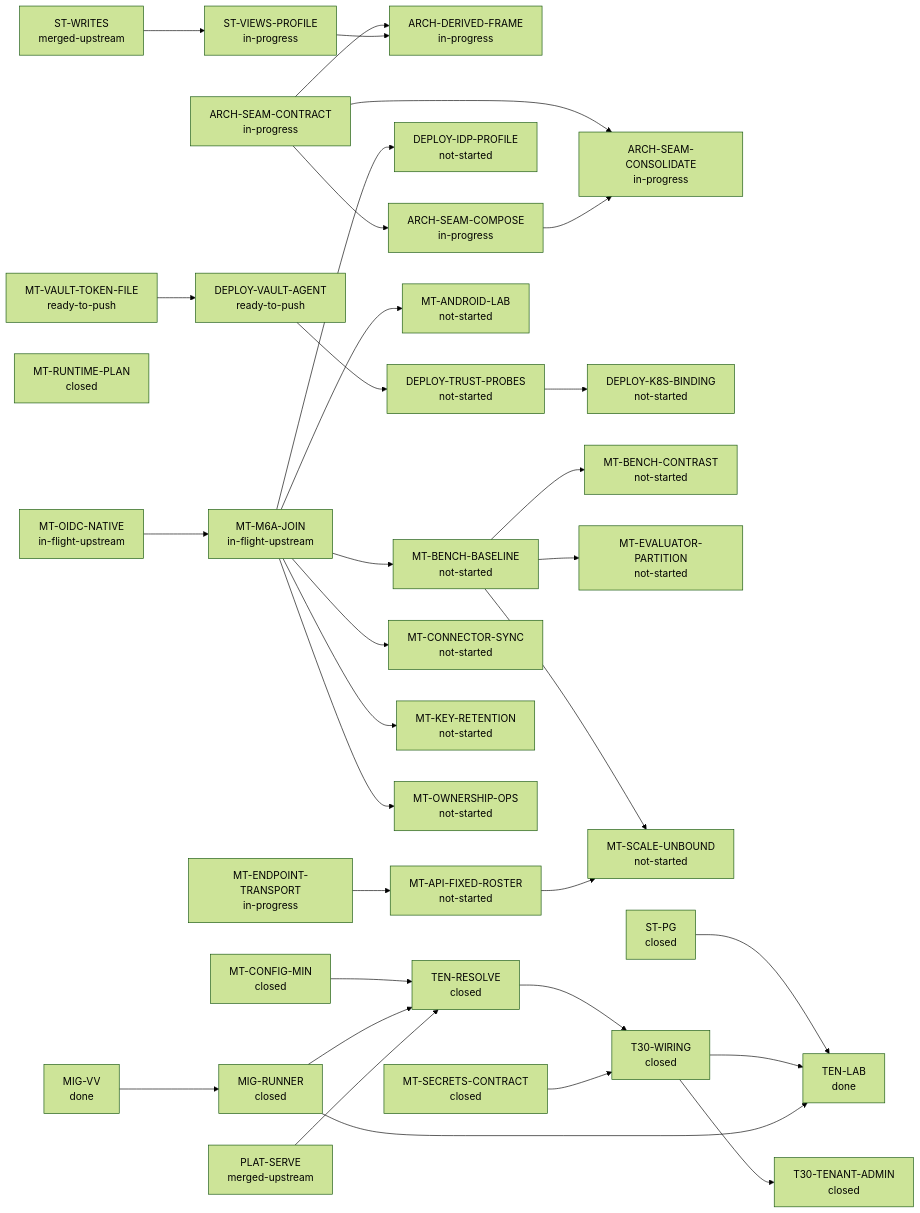
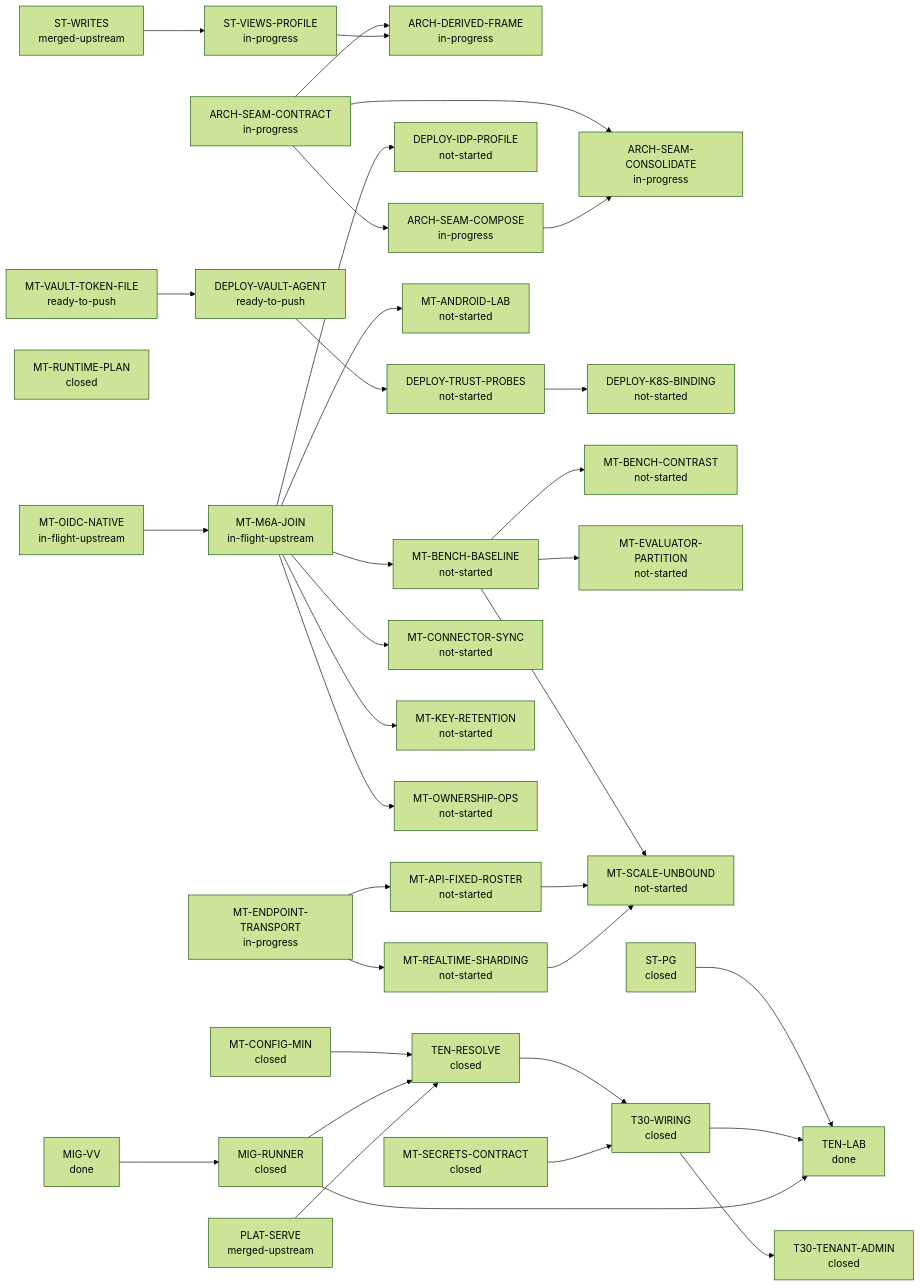
The second of 2 diagrams in docs/30-design/tenancy/multitenant-delivery-dashboard.md (bewest/rag-nightscout-ecosystem-alignment), drawn with Mermaid (forest theme) before and after one commit. The commit also changed other lines of this file and 12 other files, not shown here.

````diff
--- a/docs/30-design/tenancy/multitenant-delivery-dashboard.md
+++ b/docs/30-design/tenancy/multitenant-delivery-dashboard.md
@@ -82,68 +82,71 @@
 ```mermaid
 flowchart LR
   ARCH-DERIVED-FRAME["ARCH-DERIVED-FRAME<br/>in-progress"]
   ARCH-SEAM-COMPOSE["ARCH-SEAM-COMPOSE<br/>in-progress"]
   ARCH-SEAM-CONSOLIDATE["ARCH-SEAM-CONSOLIDATE<br/>in-progress"]
   ARCH-SEAM-CONTRACT["ARCH-SEAM-CONTRACT<br/>in-progress"]
   DEPLOY-IDP-PROFILE["DEPLOY-IDP-PROFILE<br/>not-started"]
   DEPLOY-K8S-BINDING["DEPLOY-K8S-BINDING<br/>not-started"]
   DEPLOY-TRUST-PROBES["DEPLOY-TRUST-PROBES<br/>not-started"]
   DEPLOY-VAULT-AGENT["DEPLOY-VAULT-AGENT<br/>ready-to-push"]
   MIG-RUNNER["MIG-RUNNER<br/>closed"]
   MIG-VV["MIG-VV<br/>done"]
   MT-ANDROID-LAB["MT-ANDROID-LAB<br/>not-started"]
   MT-API-FIXED-ROSTER["MT-API-FIXED-ROSTER<br/>not-started"]
   MT-BENCH-BASELINE["MT-BENCH-BASELINE<br/>not-started"]
   MT-BENCH-CONTRAST["MT-BENCH-CONTRAST<br/>not-started"]
   MT-CONFIG-MIN["MT-CONFIG-MIN<br/>closed"]
   MT-CONNECTOR-SYNC["MT-CONNECTOR-SYNC<br/>not-started"]
   MT-ENDPOINT-TRANSPORT["MT-ENDPOINT-TRANSPORT<br/>in-progress"]
   MT-EVALUATOR-PARTITION["MT-EVALUATOR-PARTITION<br/>not-started"]
   MT-KEY-RETENTION["MT-KEY-RETENTION<br/>not-started"]
   MT-M6A-JOIN["MT-M6A-JOIN<br/>in-flight-upstream"]
   MT-OIDC-NATIVE["MT-OIDC-NATIVE<br/>in-flight-upstream"]
   MT-OWNERSHIP-OPS["MT-OWNERSHIP-OPS<br/>not-started"]
+  MT-REALTIME-SHARDING["MT-REALTIME-SHARDING<br/>not-started"]
   MT-RUNTIME-PLAN["MT-RUNTIME-PLAN<br/>closed"]
   MT-SCALE-UNBOUND["MT-SCALE-UNBOUND<br/>not-started"]
   MT-SECRETS-CONTRACT["MT-SECRETS-CONTRACT<br/>closed"]
   MT-VAULT-TOKEN-FILE["MT-VAULT-TOKEN-FILE<br/>ready-to-push"]
   PLAT-SERVE["PLAT-SERVE<br/>merged-upstream"]
   ST-PG["ST-PG<br/>closed"]
   ST-VIEWS-PROFILE["ST-VIEWS-PROFILE<br/>in-progress"]
   ST-WRITES["ST-WRITES<br/>merged-upstream"]
   T30-TENANT-ADMIN["T30-TENANT-ADMIN<br/>closed"]
   T30-WIRING["T30-WIRING<br/>closed"]
   TEN-LAB["TEN-LAB<br/>done"]
   TEN-RESOLVE["TEN-RESOLVE<br/>closed"]
   ARCH-SEAM-CONTRACT --> ARCH-DERIVED-FRAME
   ST-VIEWS-PROFILE --> ARCH-DERIVED-FRAME
   ARCH-SEAM-CONTRACT --> ARCH-SEAM-COMPOSE
   ARCH-SEAM-CONTRACT --> ARCH-SEAM-CONSOLIDATE
   ARCH-SEAM-COMPOSE --> ARCH-SEAM-CONSOLIDATE
   MT-M6A-JOIN --> DEPLOY-IDP-PROFILE
   DEPLOY-TRUST-PROBES --> DEPLOY-K8S-BINDING
   DEPLOY-VAULT-AGENT --> DEPLOY-TRUST-PROBES
   MT-VAULT-TOKEN-FILE --> DEPLOY-VAULT-AGENT
   MIG-VV --> MIG-RUNNER
   MT-M6A-JOIN --> MT-ANDROID-LAB
   MT-ENDPOINT-TRANSPORT --> MT-API-FIXED-ROSTER
   MT-M6A-JOIN --> MT-BENCH-BASELINE
   MT-BENCH-BASELINE --> MT-BENCH-CONTRAST
   MT-M6A-JOIN --> MT-CONNECTOR-SYNC
   MT-BENCH-BASELINE --> MT-EVALUATOR-PARTITION
   MT-M6A-JOIN --> MT-KEY-RETENTION
   MT-OIDC-NATIVE --> MT-M6A-JOIN
   MT-M6A-JOIN --> MT-OWNERSHIP-OPS
+  MT-ENDPOINT-TRANSPORT --> MT-REALTIME-SHARDING
   MT-BENCH-BASELINE --> MT-SCALE-UNBOUND
   MT-API-FIXED-ROSTER --> MT-SCALE-UNBOUND
+  MT-REALTIME-SHARDING --> MT-SCALE-UNBOUND
   ST-WRITES --> ST-VIEWS-PROFILE
   T30-WIRING --> T30-TENANT-ADMIN
   TEN-RESOLVE --> T30-WIRING
   MT-SECRETS-CONTRACT --> T30-WIRING
   ST-PG --> TEN-LAB
   T30-WIRING --> TEN-LAB
   MIG-RUNNER --> TEN-LAB
   MT-CONFIG-MIN --> TEN-RESOLVE
   MIG-RUNNER --> TEN-RESOLVE
   PLAT-SERVE --> TEN-RESOLVE
 ```
````
